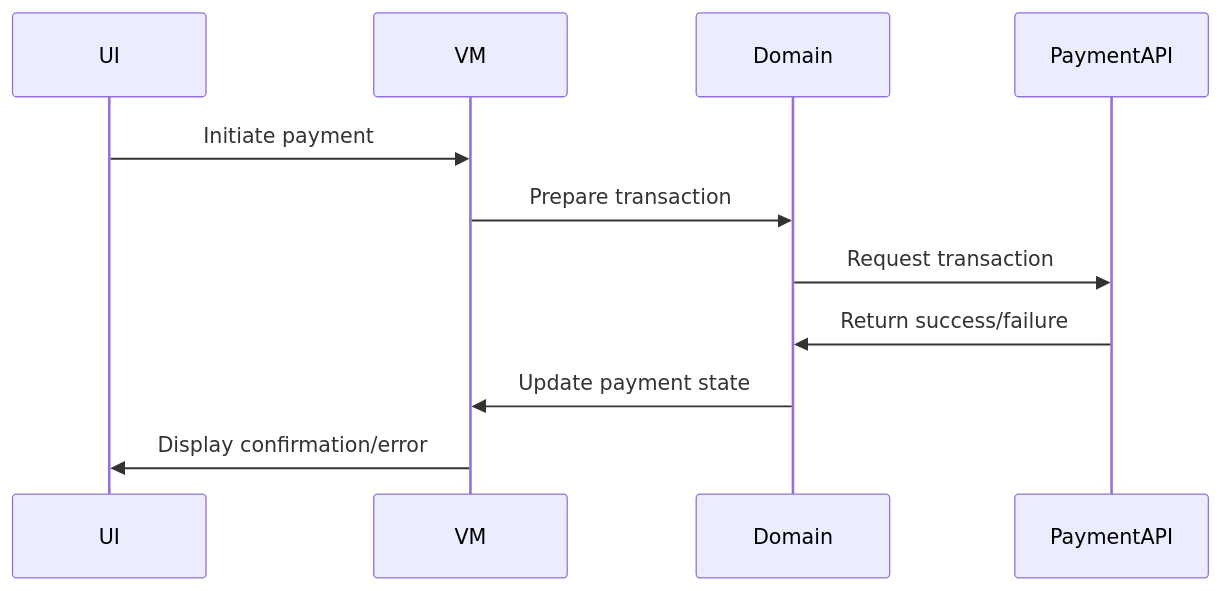
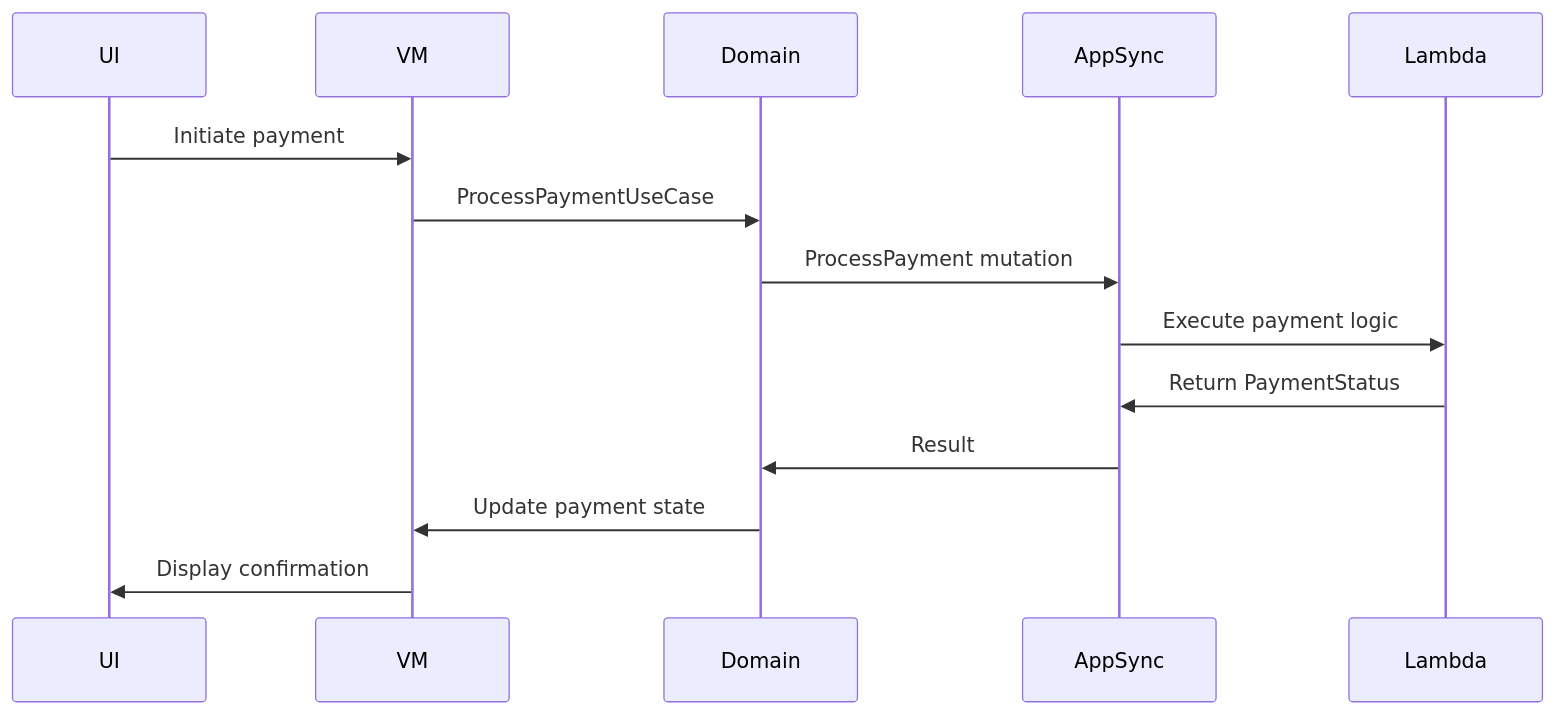
The third of 3 diagrams in docs/ENGINEERING.md (harrykibet/RealEstateApp-Android), drawn with Mermaid before and after one commit. The commit also changed other lines of this file and 7 other files, not shown here.

````diff
--- a/docs/ENGINEERING.md
+++ b/docs/ENGINEERING.md
@@ -91,14 +90,17 @@
 ```mermaid
 sequenceDiagram
     participant UI
     participant VM
     participant Domain
-    participant PaymentAPI
+    participant AppSync
+    participant Lambda
 
     UI->>VM: Initiate payment
-    VM->>Domain: Prepare transaction
-    Domain->>PaymentAPI: Request transaction
-    PaymentAPI->>Domain: Return success/failure
+    VM->>Domain: ProcessPaymentUseCase
+    Domain->>AppSync: ProcessPayment mutation
+    AppSync->>Lambda: Execute payment logic
+    Lambda->>AppSync: Return PaymentStatus
+    AppSync->>Domain: Result
     Domain->>VM: Update payment state
-    VM->>UI: Display confirmation/error
+    VM->>UI: Display confirmation
 ```
````
